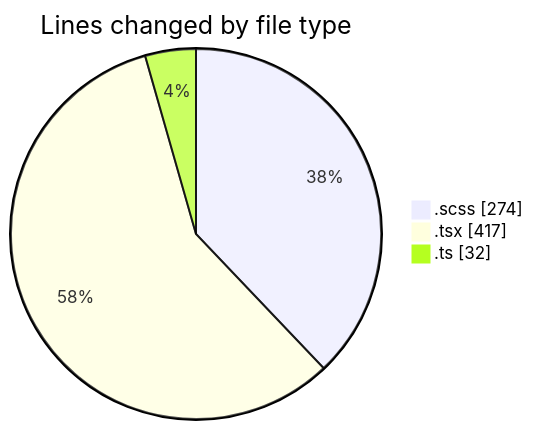
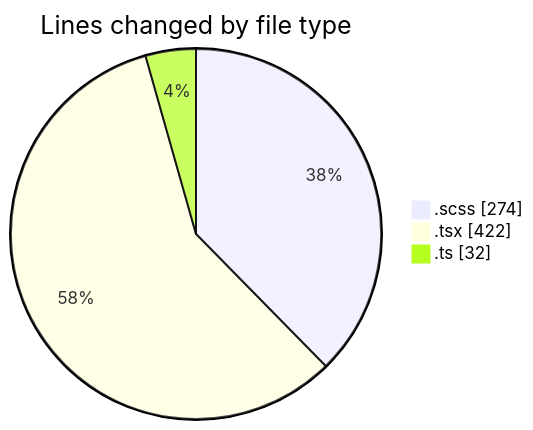
Before and after one commit to momahboobian/code-tracking: the first of 2 diagrams in 2025-03-04/cda/README.md, drawn with Mermaid. The commit also changed other lines of this file and 1 other file, not shown here.

````diff
--- a/2025-03-04/cda/README.md
+++ b/2025-03-04/cda/README.md
@@ -25,7 +25,7 @@
 ```mermaid
 pie showData
 title Lines changed by file type
 ".scss" : 274
-".tsx" : 417
+".tsx" : 422
 ".ts" : 32
 ```
````
